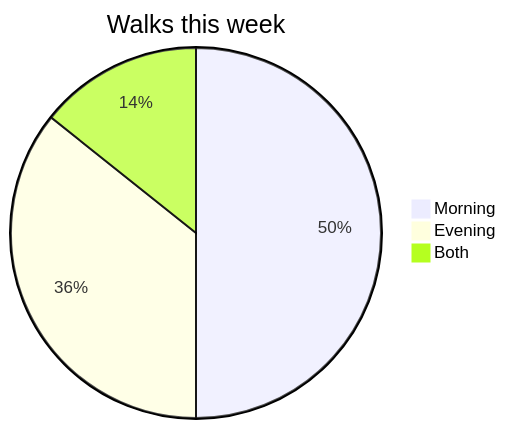
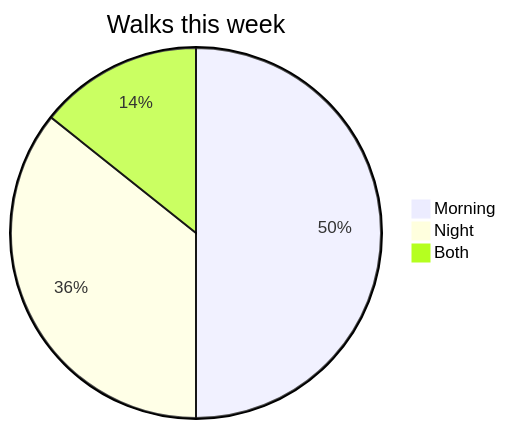
The seventh of 15 diagrams in app/src-tauri/resources/guide/en/sample.md (rgdevment/Tisty), drawn with Mermaid before and after one commit. The commit also changed other lines of this file and 10 other files, not shown here.

````diff
--- a/app/src-tauri/resources/guide/en/sample.md
+++ b/app/src-tauri/resources/guide/en/sample.md
@@ -135,6 +579,6 @@
 ```mermaid
 pie title Walks this week
   "Morning" : 7
-  "Evening" : 5
+  "Night" : 5
   "Both" : 2
 ```
````
